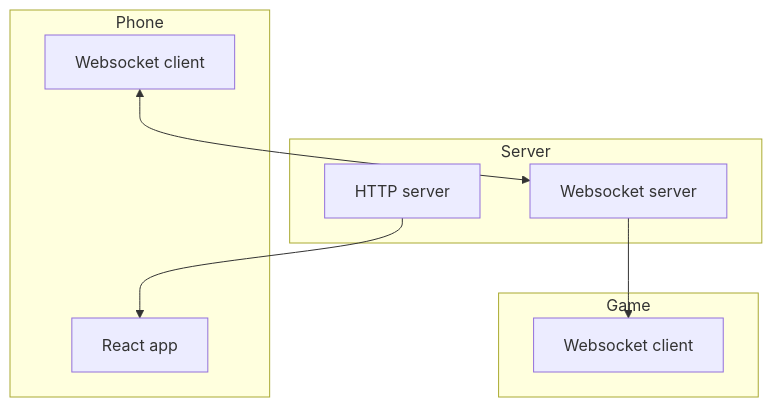
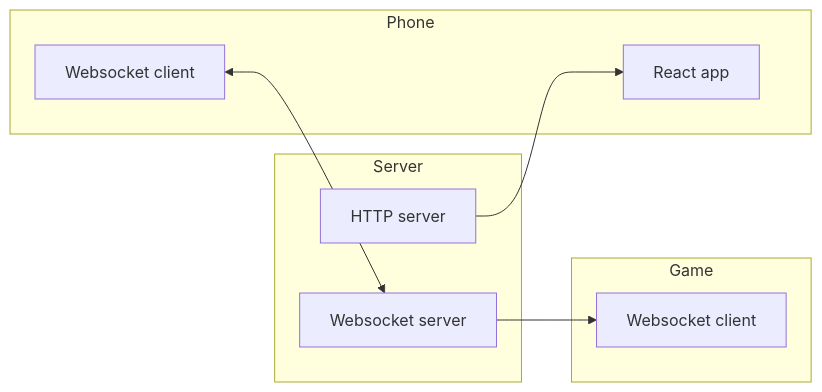
The diagram in server/README.md (Hasnep/zzub), drawn with Mermaid before and after one commit.

Commit message:
Change diagram direction to horizontal

````diff
--- a/server/README.md
+++ b/server/README.md
@@ -5,17 +5,17 @@
 ```mermaid
-flowchart TD
+flowchart LR
     subgraph Server
         http_server[HTTP server]
         server_ws[Websocket server]
     end
     http_server --> react_app
     subgraph Phone
         react_app[React app]
         phone_ws[Websocket client]
     end
     phone_ws <--> server_ws
     subgraph Game
         game_ws[Websocket client]
     end
     server_ws --> game_ws
 ```
````
